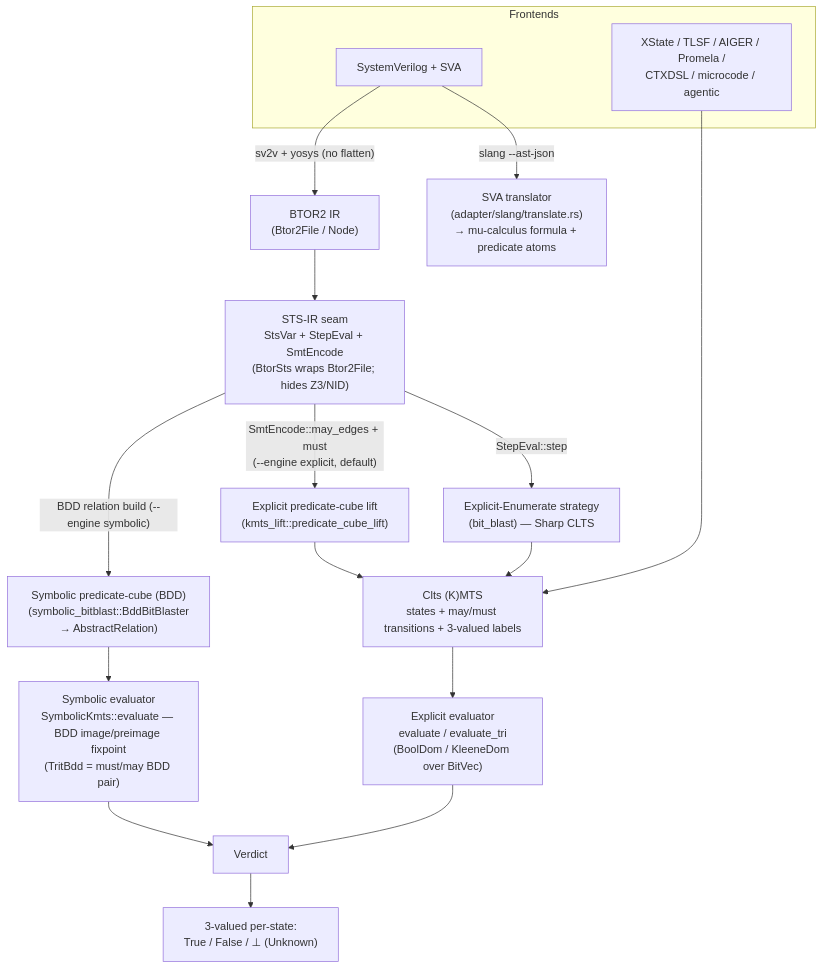
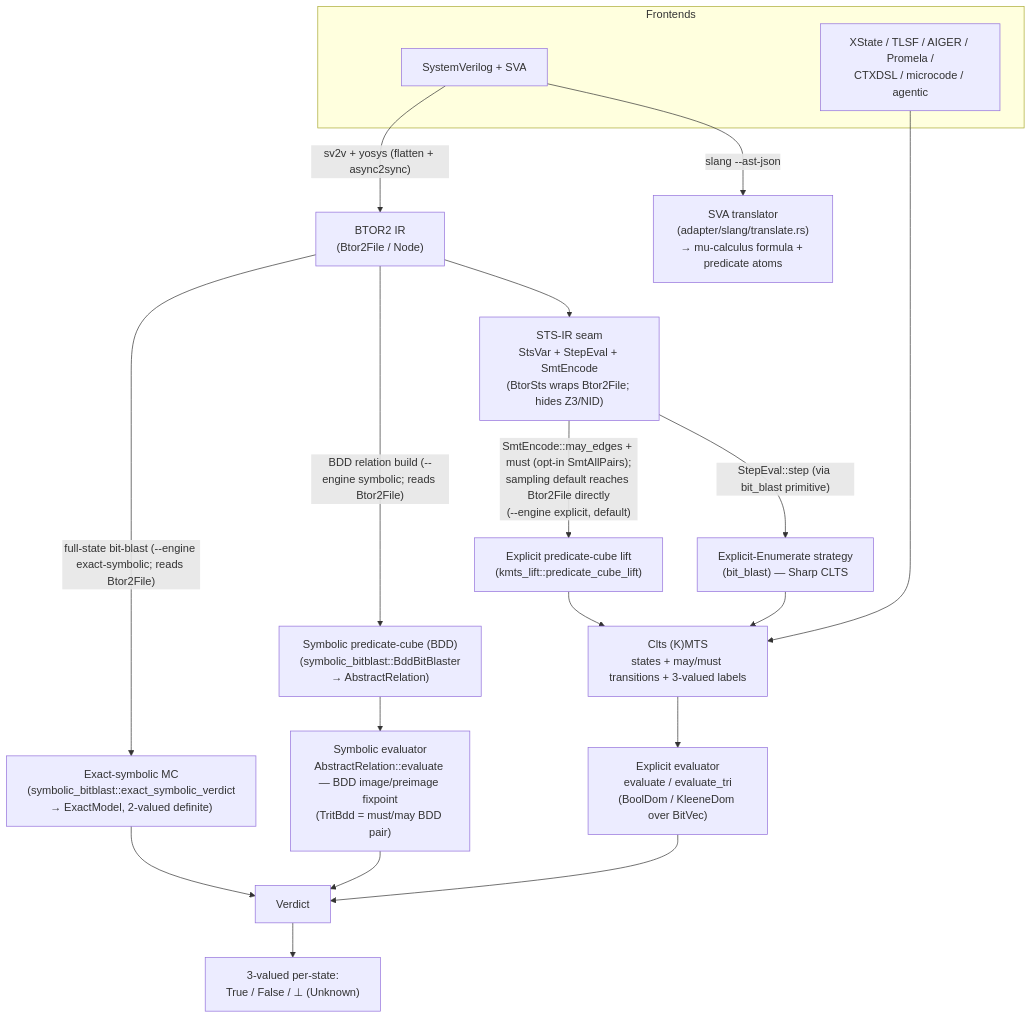
Before and after one commit to vscorza/mununu: the second of 9 diagrams in docs/design/post-rf5-architecture.md, drawn with Mermaid. The commit also changed other lines of this file and 10 other files, not shown here.

````diff
--- a/docs/design/post-rf5-architecture.md
+++ b/docs/design/post-rf5-architecture.md
@@ -61,29 +61,31 @@
 ```mermaid
 flowchart TD
   subgraph FE["Frontends"]
     SV["SystemVerilog + SVA"]
     OTH["XState / TLSF / AIGER / Promela /<br/>CTXDSL / microcode / agentic"]
   end
 
   SV -->|"slang --ast-json"| TR["SVA translator<br/>(adapter/slang/translate.rs)<br/>→ mu-calculus formula + predicate atoms"]
-  SV -->|"sv2v + yosys (no flatten)"| B2["BTOR2 IR<br/>(Btor2File / Node)"]
+  SV -->|"sv2v + yosys (flatten + async2sync)"| B2["BTOR2 IR<br/>(Btor2File / Node)"]
 
   B2 --> STS["STS-IR seam<br/>StsVar + StepEval + SmtEncode<br/>(BtorSts wraps Btor2File; hides Z3/NID)"]
 
-  STS -->|"StepEval::step"| ENUM["Explicit-Enumerate strategy<br/>(bit_blast) — Sharp CLTS"]
-  STS -->|"SmtEncode::may_edges + must<br/>(--engine explicit, default)"| CUBE["Explicit predicate-cube lift<br/>(kmts_lift::predicate_cube_lift)"]
-  STS -->|"BDD relation build (--engine symbolic)"| SYM["Symbolic predicate-cube (BDD)<br/>(symbolic_bitblast::BddBitBlaster<br/>→ AbstractRelation)"]
+  STS -->|"StepEval::step (via bit_blast primitive)"| ENUM["Explicit-Enumerate strategy<br/>(bit_blast) — Sharp CLTS"]
+  STS -->|"SmtEncode::may_edges + must (opt-in SmtAllPairs);<br/>sampling default reaches Btor2File directly<br/>(--engine explicit, default)"| CUBE["Explicit predicate-cube lift<br/>(kmts_lift::predicate_cube_lift)"]
+  B2 -->|"BDD relation build (--engine symbolic; reads Btor2File)"| SYM["Symbolic predicate-cube (BDD)<br/>(symbolic_bitblast::BddBitBlaster<br/>→ AbstractRelation)"]
+  B2 -->|"full-state bit-blast (--engine exact-symbolic; reads Btor2File)"| EXACT["Exact-symbolic MC<br/>(symbolic_bitblast::exact_symbolic_verdict<br/>→ ExactModel, 2-valued definite)"]
 
   ENUM --> CLTS["Clts (K)MTS<br/>states + may/must transitions + 3-valued labels"]
   CUBE --> CLTS
 
   CLTS --> EVX["Explicit evaluator<br/>evaluate / evaluate_tri<br/>(BoolDom / KleeneDom over BitVec)"]
-  SYM --> EVS["Symbolic evaluator<br/>SymbolicKmts::evaluate — BDD image/preimage fixpoint<br/>(TritBdd = must/may BDD pair)"]
+  SYM --> EVS["Symbolic evaluator<br/>AbstractRelation::evaluate — BDD image/preimage fixpoint<br/>(TritBdd = must/may BDD pair)"]
 
   OTH --> CLTS
 
   EVX --> V["Verdict"]
   EVS --> V
+  EXACT --> V
 
   V --> VA["3-valued per-state:<br/>True / False / ⊥ (Unknown)"]
 ```
````
